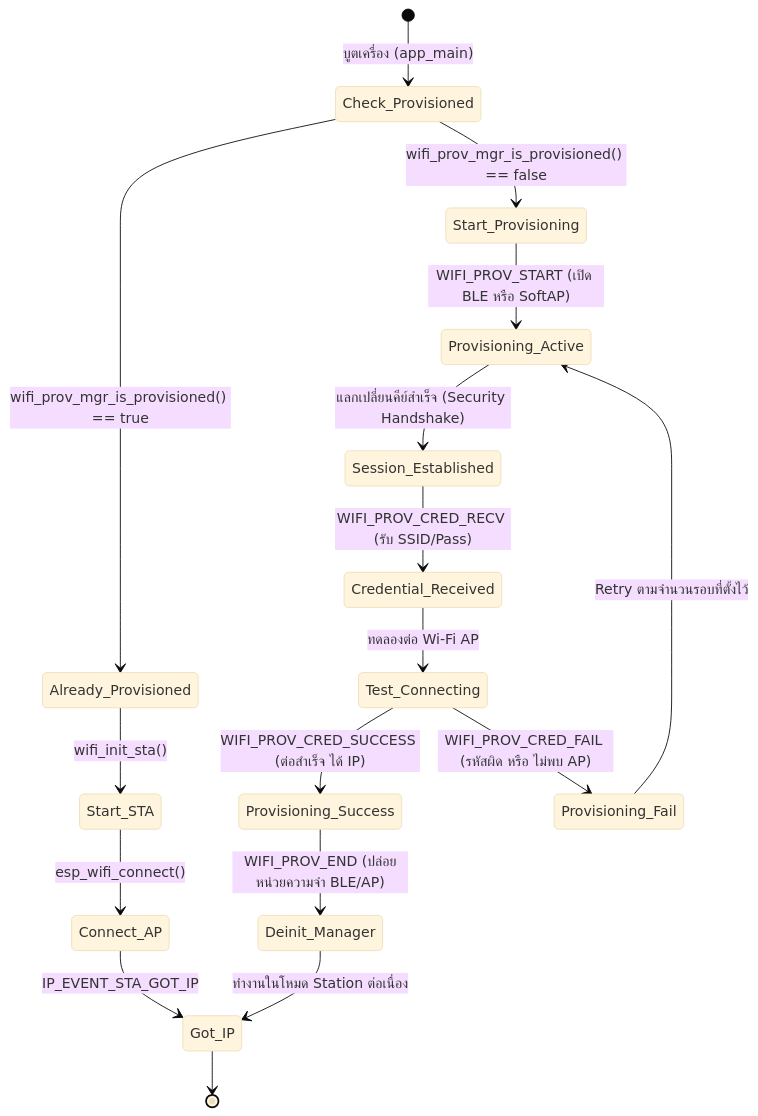
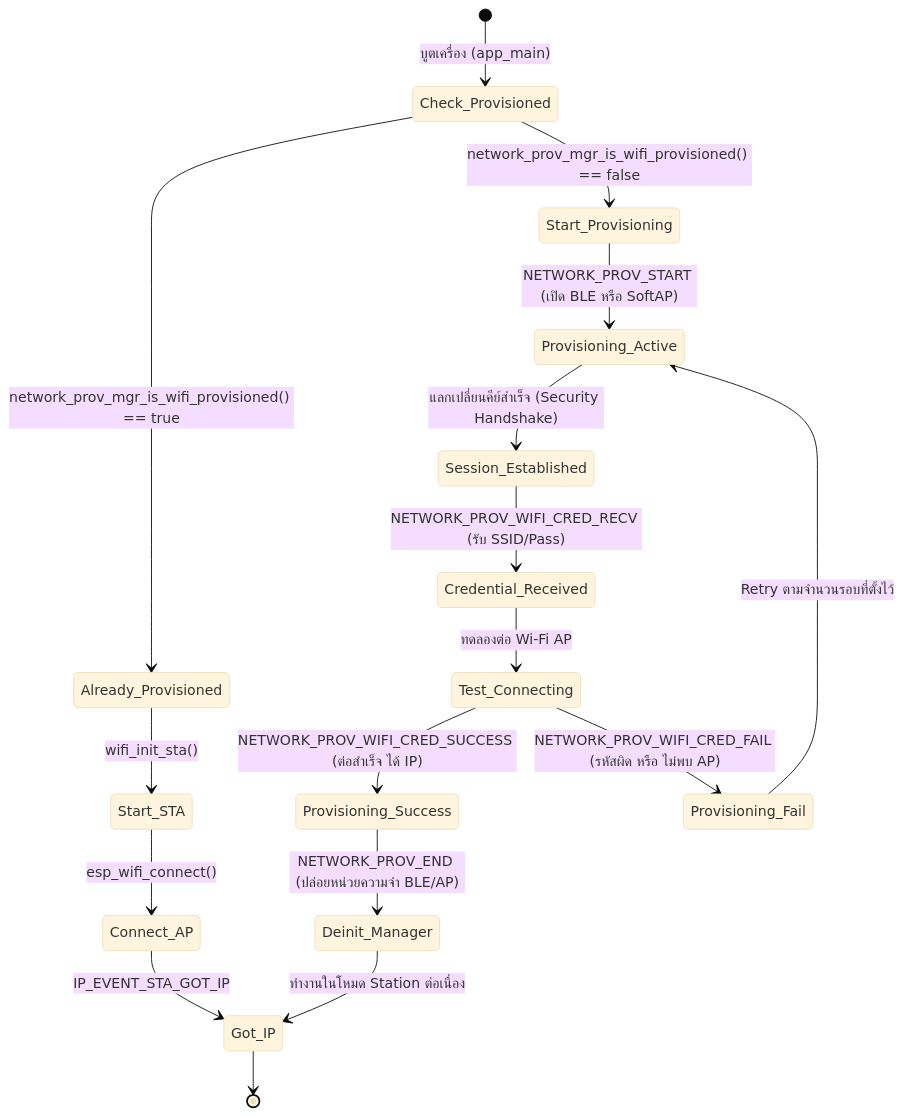
The third of 3 diagrams in 01-WiFi-Provisioning-Architecture-and-Protocomm.md (IoT-App-2569/Week-07-W-iFi-Privisioning), drawn with Mermaid (base theme) before and after one commit. The commit also changed other lines of this file and 44 other files, not shown here.

````diff
--- a/01-WiFi-Provisioning-Architecture-and-Protocomm.md
+++ b/01-WiFi-Provisioning-Architecture-and-Protocomm.md
@@ -85,22 +85,22 @@
 ```mermaid
 stateDiagram-v2
     [*] --> Check_Provisioned: บูตเครื่อง (app_main)
-    Check_Provisioned --> Already_Provisioned: wifi_prov_mgr_is_provisioned() == true
-    Check_Provisioned --> Start_Provisioning: wifi_prov_mgr_is_provisioned() == false
+    Check_Provisioned --> Already_Provisioned: network_prov_mgr_is_wifi_provisioned() == true
+    Check_Provisioned --> Start_Provisioning: network_prov_mgr_is_wifi_provisioned() == false
 
     Already_Provisioned --> Start_STA: wifi_init_sta()
     Start_STA --> Connect_AP: esp_wifi_connect()
     Connect_AP --> Got_IP: IP_EVENT_STA_GOT_IP
 
-    Start_Provisioning --> Provisioning_Active: WIFI_PROV_START (เปิด BLE หรือ SoftAP)
+    Start_Provisioning --> Provisioning_Active: NETWORK_PROV_START (เปิด BLE หรือ SoftAP)
     Provisioning_Active --> Session_Established: แลกเปลี่ยนคีย์สำเร็จ (Security Handshake)
-    Session_Established --> Credential_Received: WIFI_PROV_CRED_RECV (รับ SSID/Pass)
+    Session_Established --> Credential_Received: NETWORK_PROV_WIFI_CRED_RECV (รับ SSID/Pass)
     Credential_Received --> Test_Connecting: ทดลองต่อ Wi-Fi AP
-    Test_Connecting --> Provisioning_Success: WIFI_PROV_CRED_SUCCESS (ต่อสำเร็จ ได้ IP)
-    Test_Connecting --> Provisioning_Fail: WIFI_PROV_CRED_FAIL (รหัสผิด หรือ ไม่พบ AP)
+    Test_Connecting --> Provisioning_Success: NETWORK_PROV_WIFI_CRED_SUCCESS (ต่อสำเร็จ ได้ IP)
+    Test_Connecting --> Provisioning_Fail: NETWORK_PROV_WIFI_CRED_FAIL (รหัสผิด หรือ ไม่พบ AP)
     
     Provisioning_Fail --> Provisioning_Active: Retry ตามจำนวนรอบที่ตั้งไว้
-    Provisioning_Success --> Deinit_Manager: WIFI_PROV_END (ปล่อยหน่วยความจำ BLE/AP)
+    Provisioning_Success --> Deinit_Manager: NETWORK_PROV_END (ปล่อยหน่วยความจำ BLE/AP)
     Deinit_Manager --> Got_IP: ทำงานในโหมด Station ต่อเนื่อง
     Got_IP --> [*]
 ```
````
